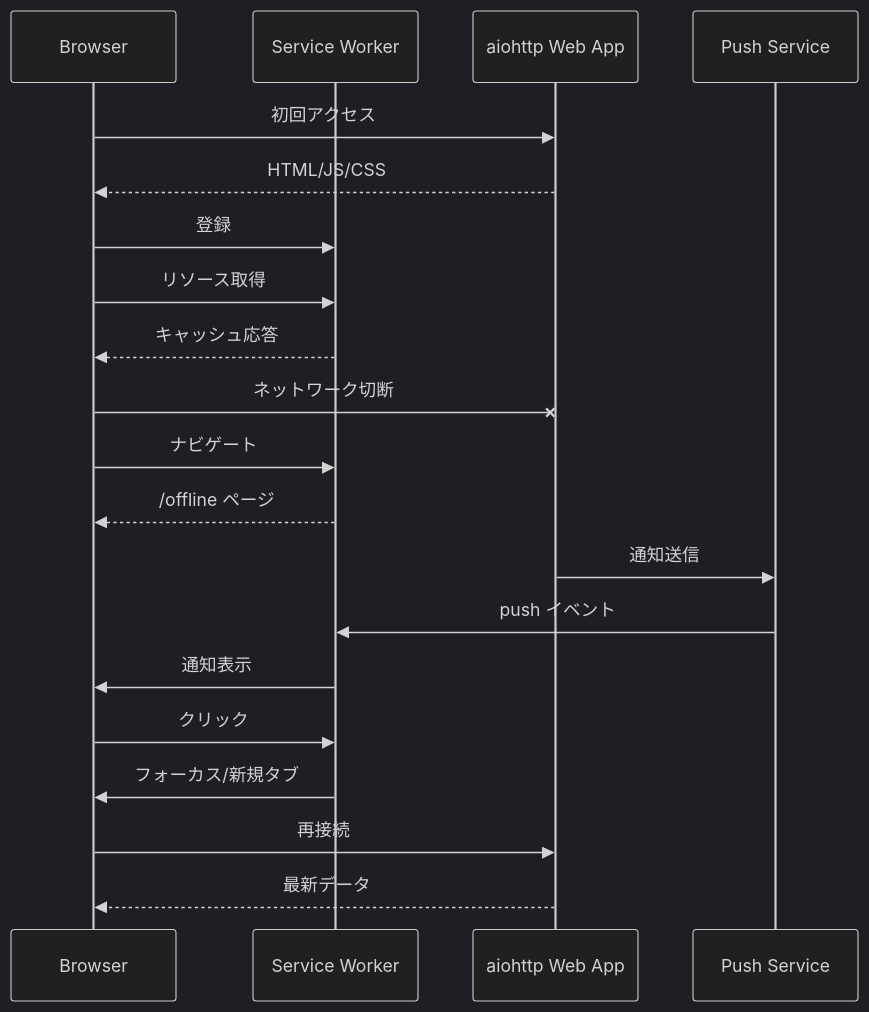
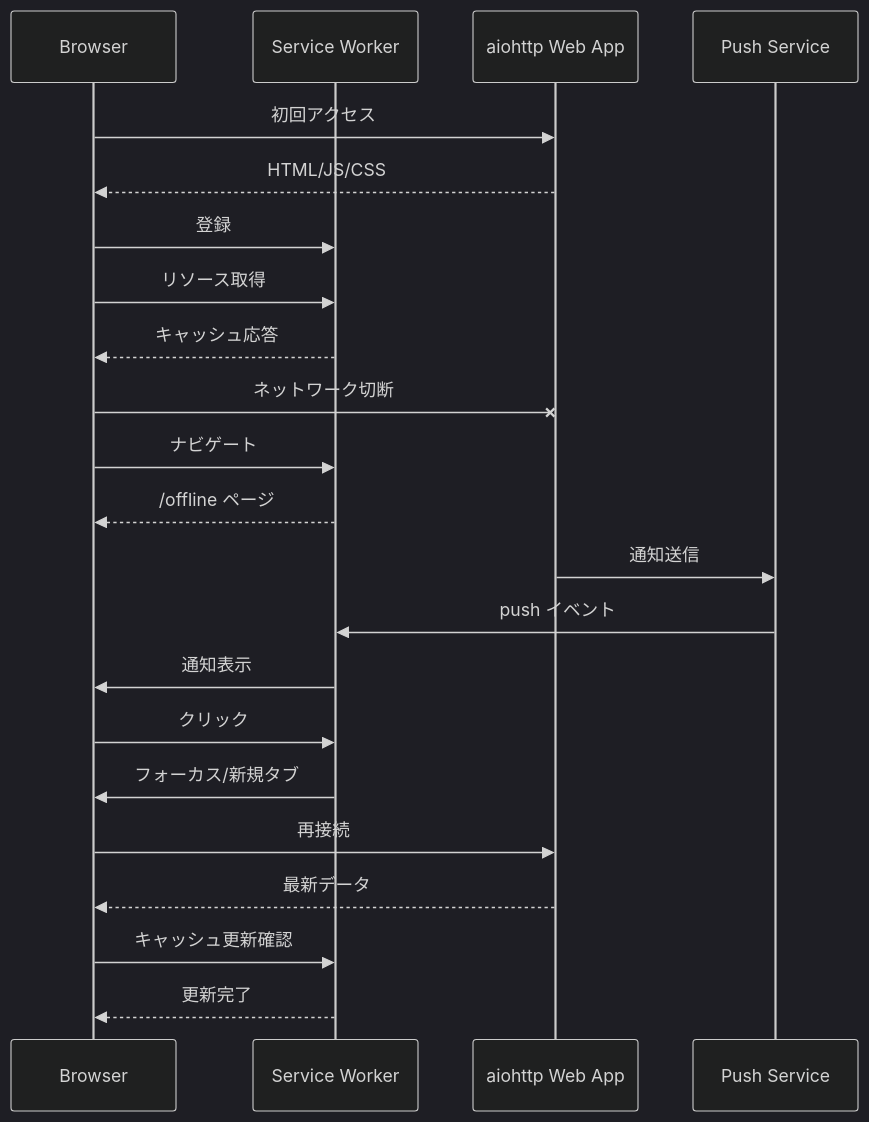
One commit to 5h1gerun/web_discord_server changed the diagram in docs/sequence_pwa.mmd. Above: the diagram before and after it, drawn with Mermaid. The commit also changed other lines of this file and 9 other files, not shown here.

```diff
--- a/docs/sequence_pwa.mmd
+++ b/docs/sequence_pwa.mmd
@@ -1,23 +1,25 @@
 %%{init: {'theme': 'dark'}}%%
 %% PWA シーンケース図
 sequenceDiagram
     participant Browser as Browser
     participant SW as Service Worker
     participant Web as aiohttp Web App
     participant Push as Push Service
 
     Browser->>Web: 初回アクセス
     Web-->>Browser: HTML/JS/CSS
     Browser->>SW: 登録
     Browser->>SW: リソース取得
     SW-->>Browser: キャッシュ応答
     Browser-x Web: ネットワーク切断
     Browser->>SW: ナビゲート
     SW-->>Browser: /offline ページ
     Web->>Push: 通知送信
     Push->>SW: push イベント
     SW->>Browser: 通知表示
     Browser->>SW: クリック
     SW->>Browser: フォーカス/新規タブ
     Browser->>Web: 再接続
     Web-->>Browser: 最新データ
+    Browser->>SW: キャッシュ更新確認
+    SW-->>Browser: 更新完了
```
